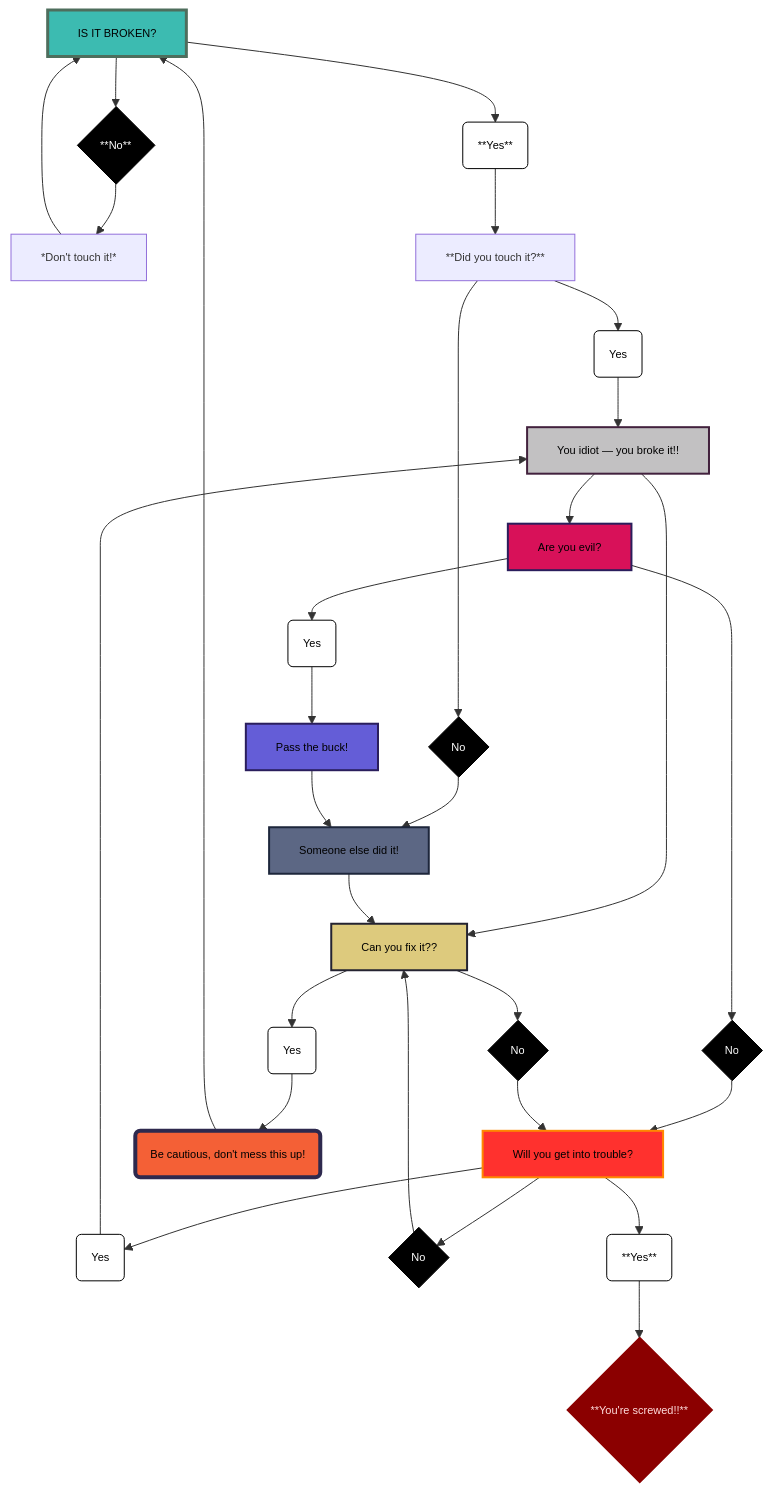
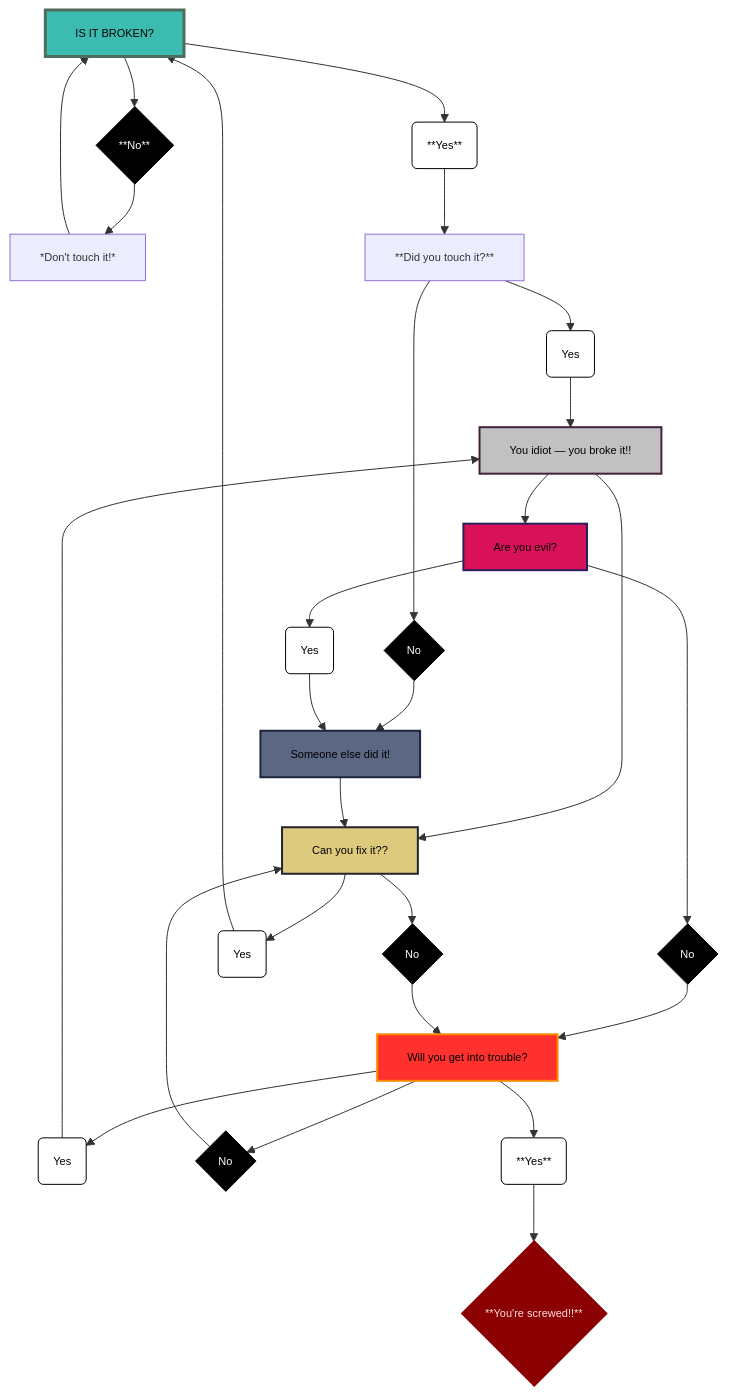
Before and after one commit to stu-clarke/stu-clarke: the second of 2 diagrams in README.md, drawn with Mermaid.

````diff
--- a/README.md
+++ b/README.md
@@ -21,45 +21,42 @@
 ```mermaid
 %%{init: { 'themeVariables': { 'fontSize': '11px' } }}%%
 flowchart TD
     A[IS IT BROKEN?] --> N1{**No**} --> B[*Don't touch it!*]
     A --> Y1(**Yes**) --> C[**Did you touch it?**]
     C --> Y2(Yes) --> D[You idiot — you broke it!!]
     C --> N2{No} --> E[Someone else did it!]
     D --> F[Are you evil?]
-    F --> Y3(Yes) --> G[Pass the buck!]
+    F --> Y3(Yes) --> E
     F --> N3{No} --> I[Will you get into trouble?]
     H --> N5{No} --> I
-    H --> Y5(Yes) --> J(Be cautious, don't mess this up!)
+    H --> Y5(Yes) --> A
     I --> Y4(Yes) --> D
     I --> N4{No} --> H[Can you fix it??]
     I --> Y6(**Yes**) --> K{**You're screwed!!**}
 
     %% Wrap-up
     B --> A
     D --> H
     E --> H
-    G --> E
-    J --> A
+
 
     %% Styling for meme emphasis
     style A fill:#3CBBB1,stroke:#4E6E5D,stroke-width:3px,color:#000000
     style D fill:#C2C1C2,stroke:#42213D,stroke-width:2px,color:#000000
     style E fill:#5C6784,stroke:#1D263B,stroke-width:2px,color:#000000
     style F fill:#D81159,stroke:#2A1E5C,stroke-width:2px,color:#000000
-    style G fill:#645DD7,stroke:#2A1E5C,stroke-width:2px,color:#000000
     style H fill:#DDCA7D,stroke:#242331,stroke-width:2px,color:#000000
     style I fill:#FF312E,stroke:#ff8800,stroke-width:2px,color:#000000
-    style J fill:#F46036,stroke:#2E294E,stroke-width:4px,color:#000000
     style K fill:#8b0000,stroke:#8b0000,stroke-width:2px,color:#ffdddd
     style Y1 fill:#ffffff,color:#000000,stroke-color:#ffffff,stroke:#000000
     style Y2 fill:#ffffff,color:#000000,stroke-color:#ffffff,stroke:#000000
     style Y3 fill:#ffffff,color:#000000,stroke-color:#ffffff,stroke:#000000
     style Y4 fill:#ffffff,color:#000000,stroke-color:#ffffff,stroke:#000000
     style Y5 fill:#ffffff,color:#000000,stroke-color:#ffffff,stroke:#000000
     style Y6 fill:#ffffff,color:#000000,stroke-color:#ffffff,stroke:#000000
     style N1 fill:#000000,color:#ffffff,stroke-color:#ffffff,stroke:#000000
     style N2 fill:#000000,color:#ffffff,stroke-color:#ffffff,stroke:#000000
     style N3 fill:#000000,color:#ffffff,stroke-color:#ffffff,stroke:#000000
     style N4 fill:#000000,color:#ffffff,stroke-color:#ffffff,stroke:#000000
     style N5 fill:#000000,color:#ffffff,stroke-color:#ffffff,stroke:#000000
 ```
````
